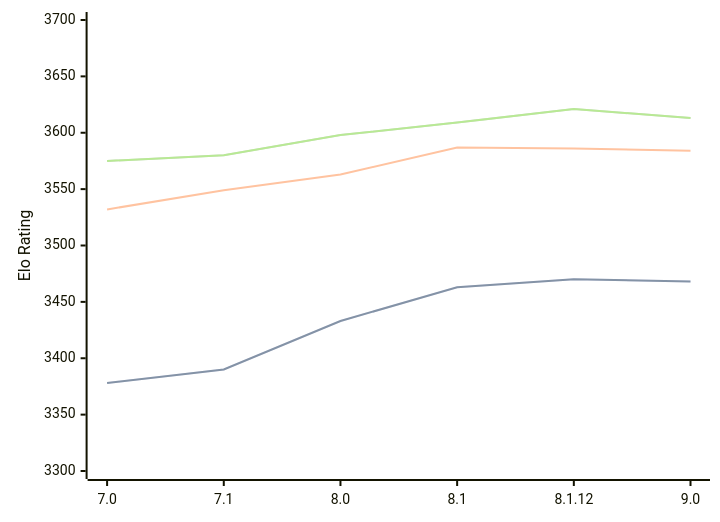
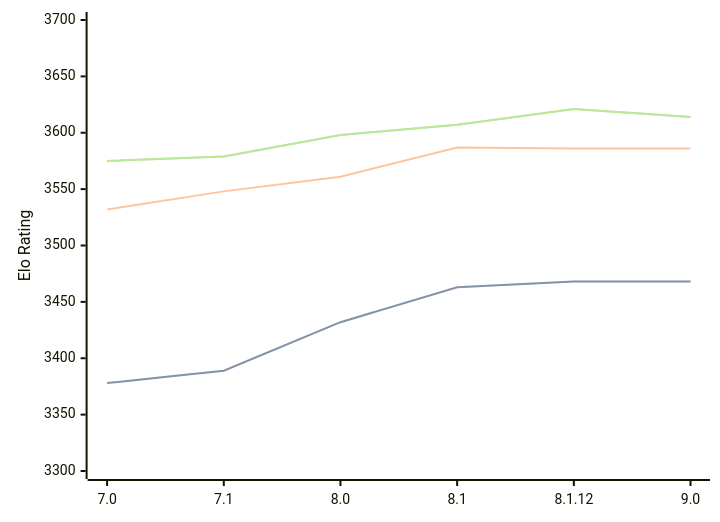
Before and after one commit to computer-chess-index/cci: the diagram in engines/Alexandria.md, drawn with Mermaid. The commit also changed other lines of this file, not shown here.

Commit message:
Update CCI Ratings (ELO VLTC) - 2026-03-04

````diff
--- a/engines/Alexandria.md
+++ b/engines/Alexandria.md
@@ -53,11 +53,11 @@
 ```mermaid
 %%{init: {"theme":"base","themeVariables":{"seriesColors:['#a3a3a3','#222221','#faa371']}}}%%
 xychart-beta
   x-axis ["7.0", "7.1", "8.0", "8.1", "8.1.12", "9.0"]
   y-axis "Elo Rating" 3300 --> 3700
-  line "STC (8.0+0.08s)" [3378, 3390, 3433, 3463, 3470, 3468]
-  line "STC (8.0+0.08s)" [3378, 3390, 3433, 3463, 3470, 3468]
-  line "LTC (60.0+0.60s)" [3532, 3549, 3563, 3587, 3586, 3584]
-  line "VLTC (2m24s+1.12s)" [3575, 3580, 3598, 3609, 3621, 3613]
-  line "VLTC (2m24s+1.12s)" [3575, 3580, 3598, 3609, 3621, 3613]
+  line "STC (8.0+0.08s)" [3378, 3389, 3432, 3463, 3468, 3468]
+  line "STC (8.0+0.08s)" [3378, 3389, 3432, 3463, 3468, 3468]
+  line "LTC (60.0+0.60s)" [3532, 3548, 3561, 3587, 3586, 3586]
+  line "VLTC (2m24s+1.12s)" [3575, 3579, 3598, 3607, 3621, 3614]
+  line "VLTC (2m24s+1.12s)" [3575, 3579, 3598, 3607, 3621, 3614]
 ```
````
